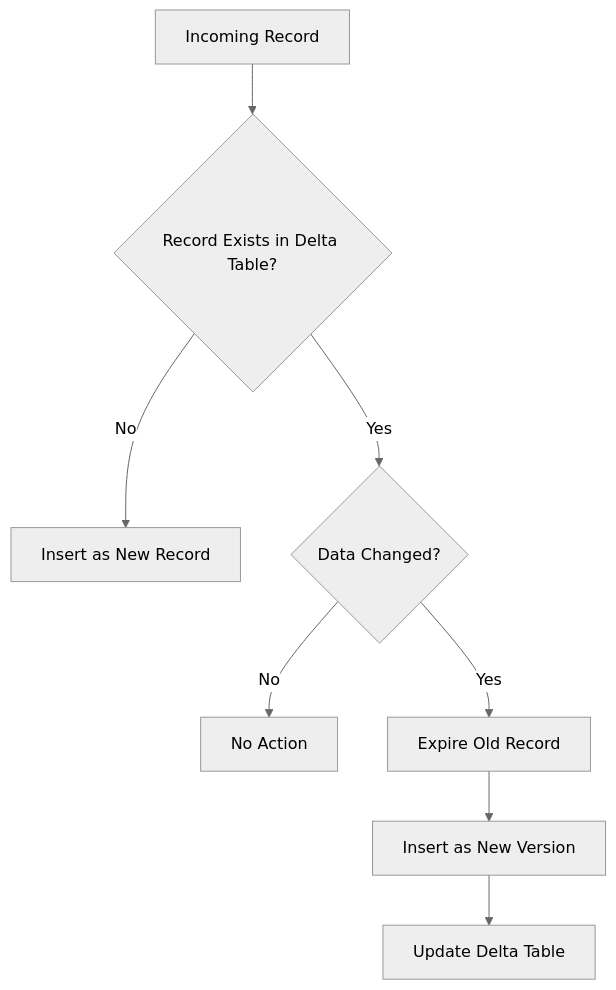
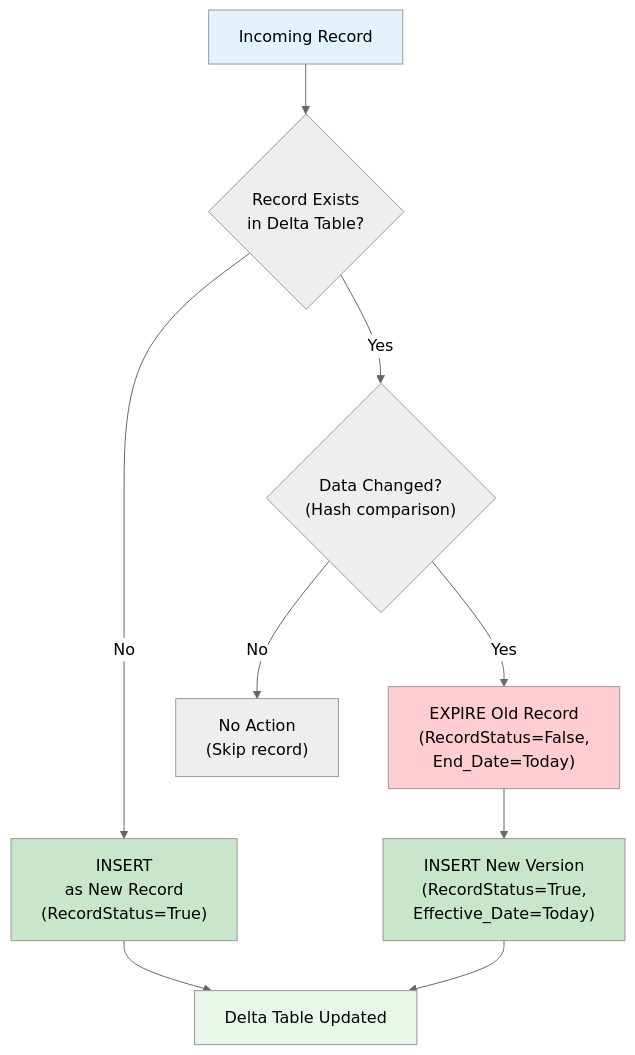
One commit to BhaveshVA/Patronage changed the fifth of 7 diagrams in README.md. Above: the diagram before and after it, drawn with Mermaid (neutral theme). The commit also changed other lines of this file, not shown here.

First line of the commit message:
Revise README for architecture and processing updates

````diff
--- a/README.md
+++ b/README.md
@@ -104,10 +193,18 @@
 ```mermaid
 flowchart TD
-    A[Incoming Record] --> B{Record Exists in Delta Table?}
-    B -- No --> C[Insert as New Record]
-    B -- Yes --> D{Data Changed?}
-    D -- No --> E[No Action]
-    D -- Yes --> F[Expire Old Record]
-    F --> G[Insert as New Version]
-    G --> H[Update Delta Table]
+    A["Incoming Record"] --> B{"Record Exists<br/>in Delta Table?"}
+    B -- "No" --> C["INSERT<br/>as New Record<br/>(RecordStatus=True)"]
+    B -- "Yes" --> D{"Data Changed?<br/>(Hash comparison)"}
+    D -- "No" --> E["No Action<br/>(Skip record)"]
+    D -- "Yes" --> F["EXPIRE Old Record<br/>(RecordStatus=False,<br/>End_Date=Today)"]
+    F --> G["INSERT New Version<br/>(RecordStatus=True,<br/>Effective_Date=Today)"]
+    
+    C --> H["Delta Table Updated"]
+    G --> H
+    
+    style A fill:#e3f2fd
+    style C fill:#c8e6c9
+    style F fill:#ffcdd2
+    style G fill:#c8e6c9
+    style H fill:#e8f5e9
 ```
````
